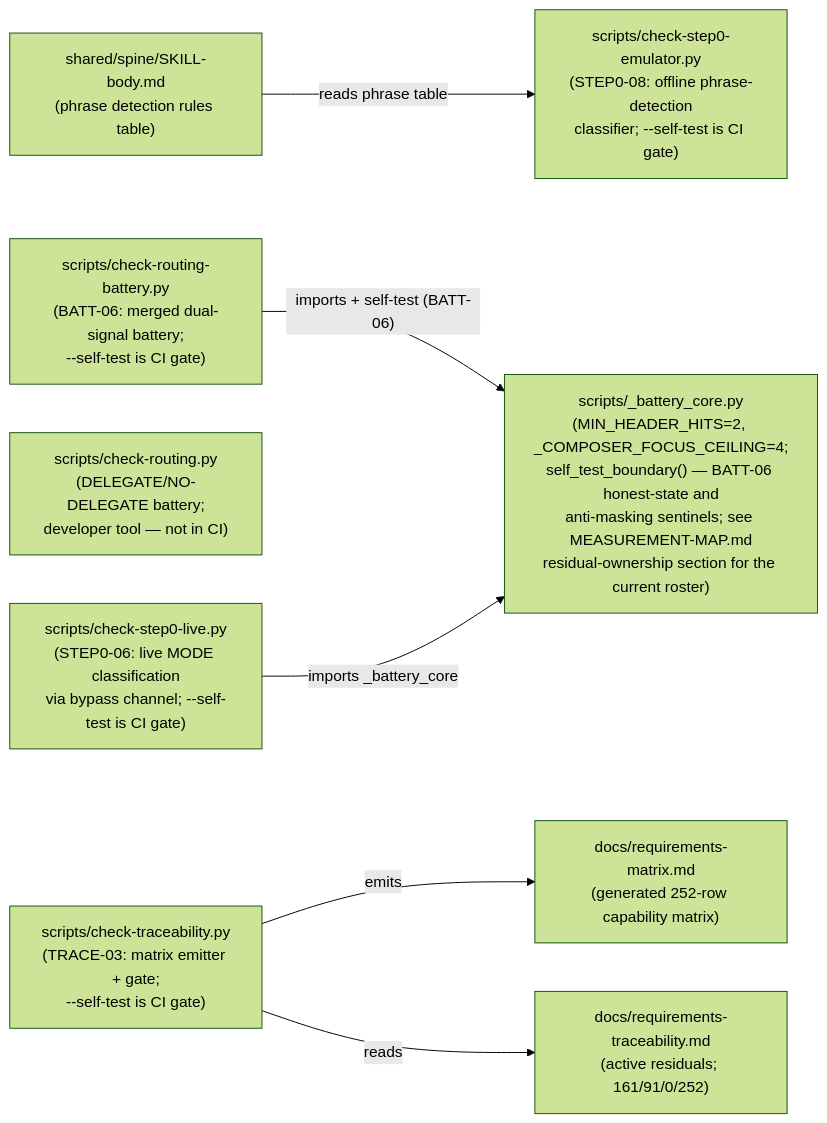
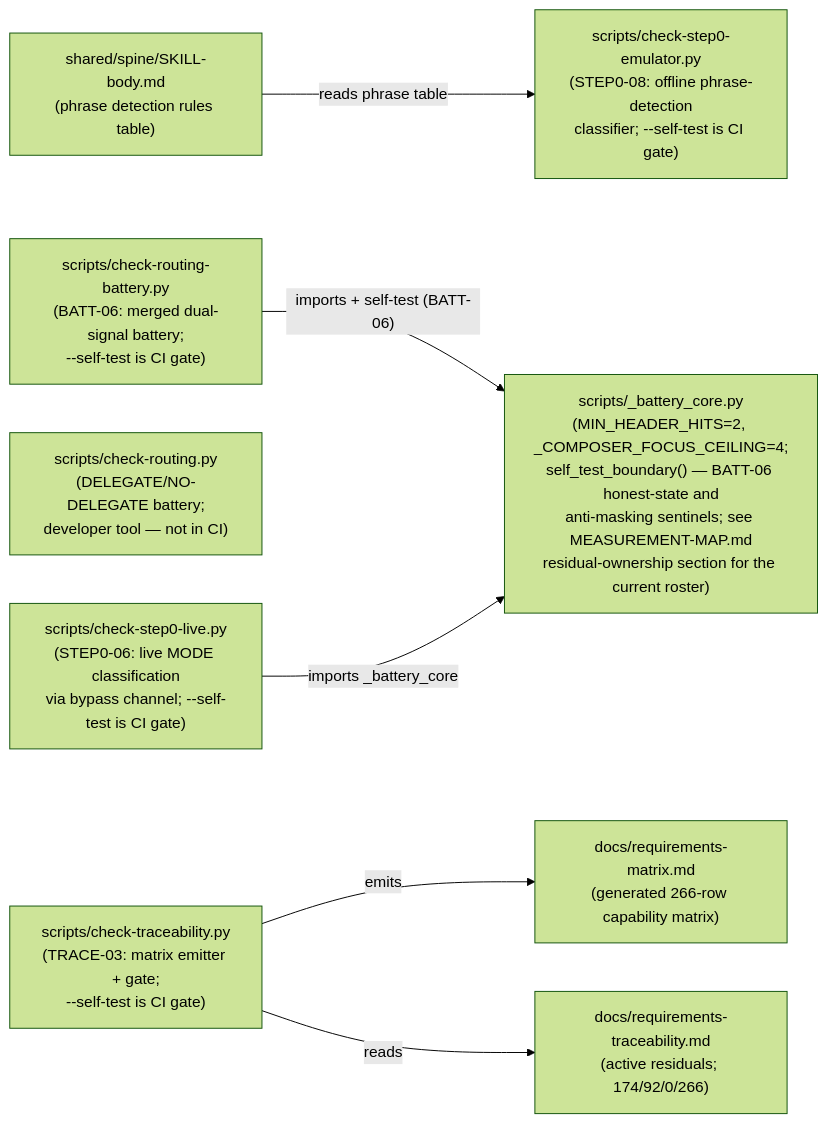
One commit to chrisdavidson/first-principles-skill changed the second of 2 diagrams in docs/COMPONENT-DIAGRAM.md. Above: the diagram before and after it, drawn with Mermaid (forest theme). The commit also changed 3 other files, not shown here.

````diff
--- a/docs/COMPONENT-DIAGRAM.md
+++ b/docs/COMPONENT-DIAGRAM.md
@@ -83,24 +83,24 @@
 ```mermaid
 flowchart LR
     SKILLBODY["shared/spine/SKILL-body.md\n(phrase detection rules table)"]
 
     CORE["scripts/_battery_core.py\n(MIN_HEADER_HITS=2, _COMPOSER_FOCUS_CEILING=4;\nself_test_boundary() — BATT-06 honest-state and\nanti-masking sentinels; see MEASUREMENT-MAP.md\nresidual-ownership section for the current roster)"]
 
     BATT["scripts/check-routing-battery.py\n(BATT-06: merged dual-signal battery;\n--self-test is CI gate)"]
     ROUTING["scripts/check-routing.py\n(DELEGATE/NO-DELEGATE battery;\ndeveloper tool — not in CI)"]
 
     EMU["scripts/check-step0-emulator.py\n(STEP0-08: offline phrase-detection\nclassifier; --self-test is CI gate)"]
     LIVE["scripts/check-step0-live.py\n(STEP0-06: live MODE classification\nvia bypass channel; --self-test is CI gate)"]
 
     TRACE["scripts/check-traceability.py\n(TRACE-03: matrix emitter + gate;\n--self-test is CI gate)"]
-    MATRIX["docs/requirements-matrix.md\n(generated 252-row capability matrix)"]
-    TRACEABILITY["docs/requirements-traceability.md\n(active residuals; 161/91/0/252)"]
+    MATRIX["docs/requirements-matrix.md\n(generated 266-row capability matrix)"]
+    TRACEABILITY["docs/requirements-traceability.md\n(active residuals; 174/92/0/266)"]
 
     SKILLBODY -->|"reads phrase table"| EMU
 
     BATT -->|"imports + self-test (BATT-06)"| CORE
     LIVE -->|"imports _battery_core"| CORE
 
     TRACE -->|"emits"| MATRIX
     TRACE -->|"reads"| TRACEABILITY
 ```
````
